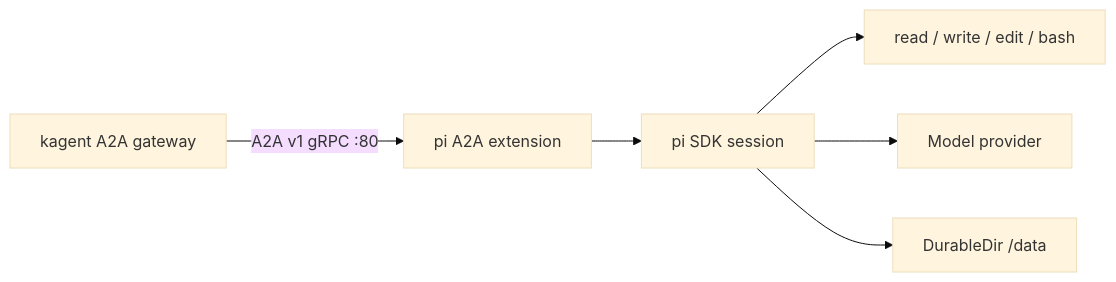
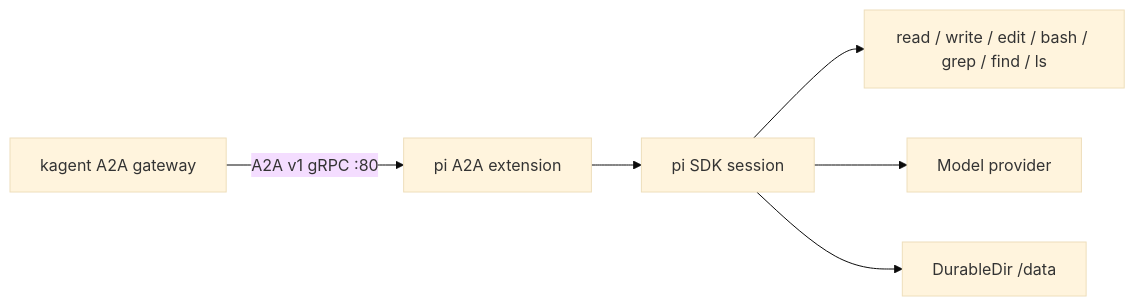
One commit to narumiruna/kagent-pi-example changed the diagram in README.md. Above: the diagram before and after it, drawn with Mermaid (base theme). The commit also changed other lines of this file and 12 other files, not shown here.

````diff
--- a/README.md
+++ b/README.md
@@ -5,8 +5,8 @@
 ```mermaid
 flowchart LR
     Gateway[kagent A2A gateway] -->|A2A v1 gRPC :80| Extension[pi A2A extension]
     Extension --> SDK[pi SDK session]
-    SDK --> Tools[read / write / edit / bash]
+    SDK --> Tools[read / write / edit / bash / grep / find / ls]
     SDK --> Model[Model provider]
     SDK --> Data[DurableDir /data]
 ```
````
